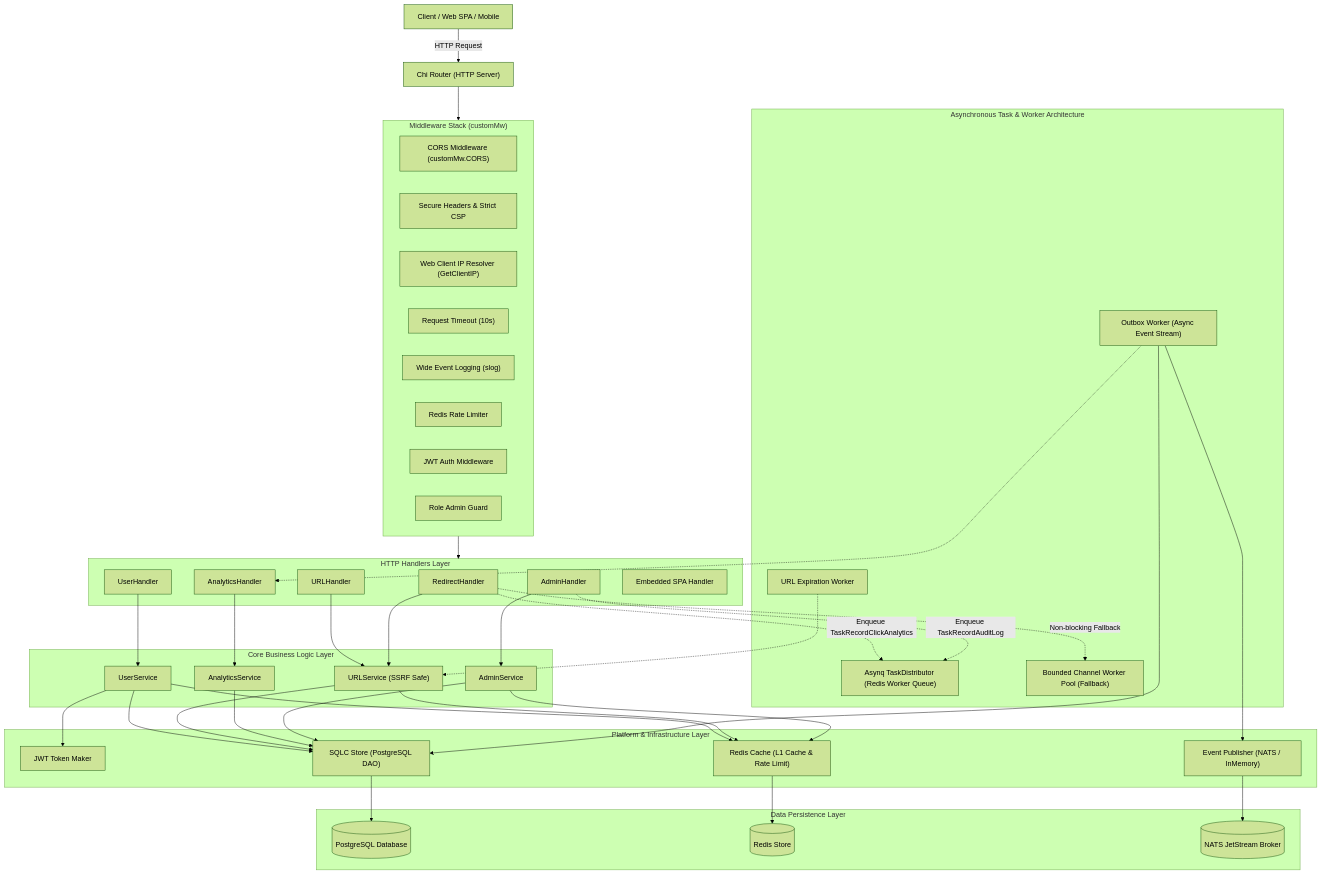
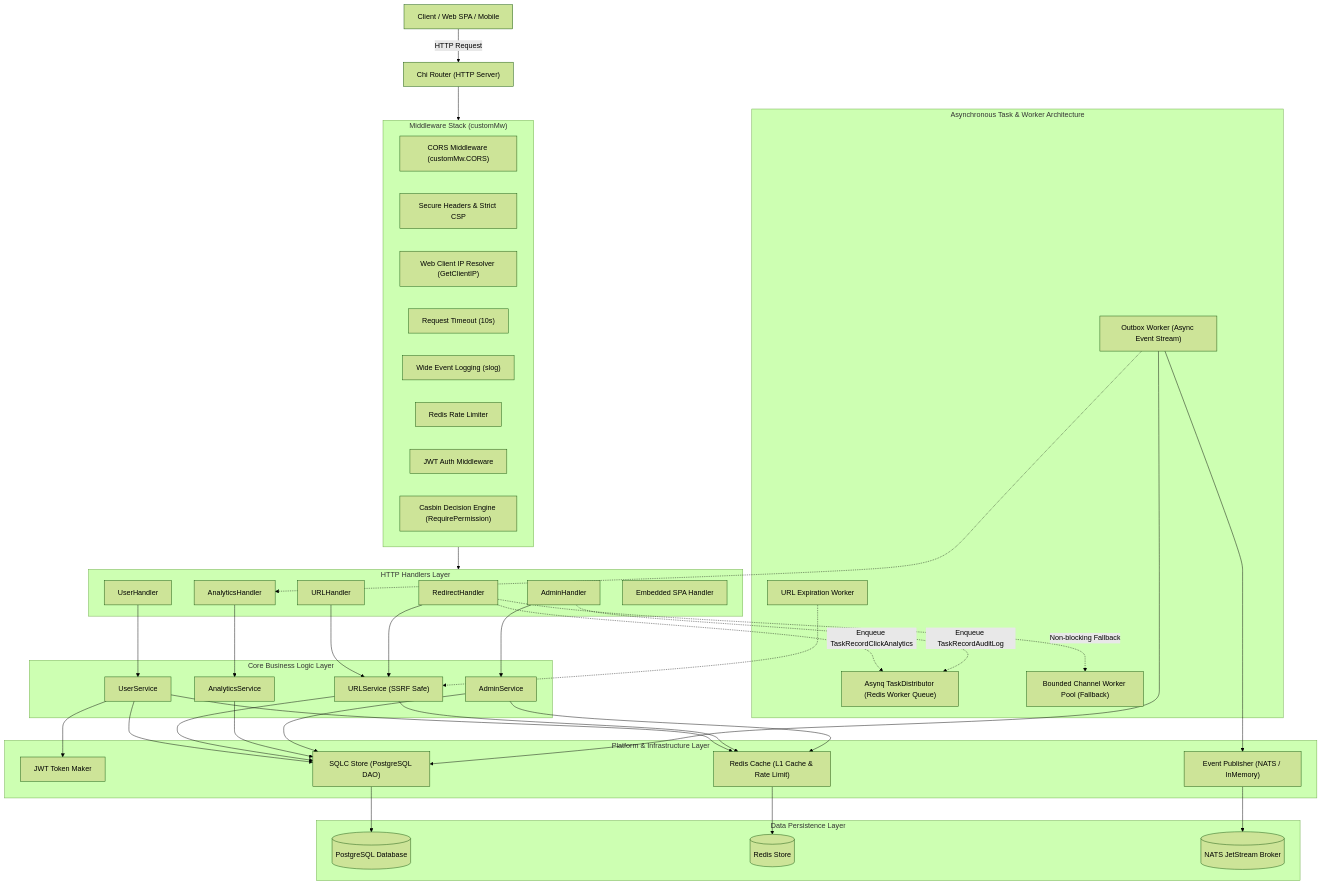
The first of 2 diagrams in README.md (semmidev/url-shortener), drawn with Mermaid (forest theme) before and after one commit. The commit also changed other lines of this file and 71 other files, not shown here.

```diff
--- a/README.md
+++ b/README.md
@@ -108,7 +108,7 @@
         LoggerMW["Wide Event Logging (slog)"]
         RateLimiter["Redis Rate Limiter"]
         AuthMW["JWT Auth Middleware"]
-        RoleMW["Role Admin Guard"]
+        CasbinAuthz["Casbin Decision Engine (RequirePermission)"]
     end
 
     Router --> MiddlewareStack
```
